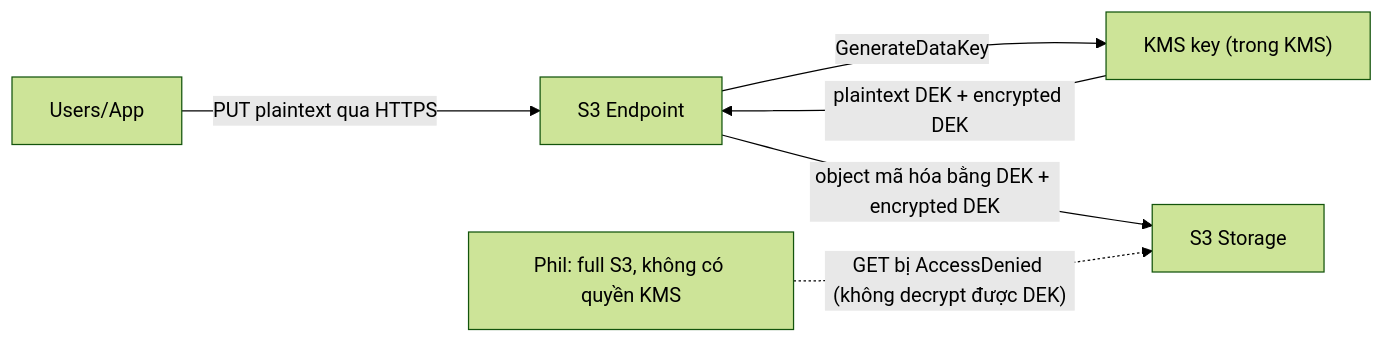
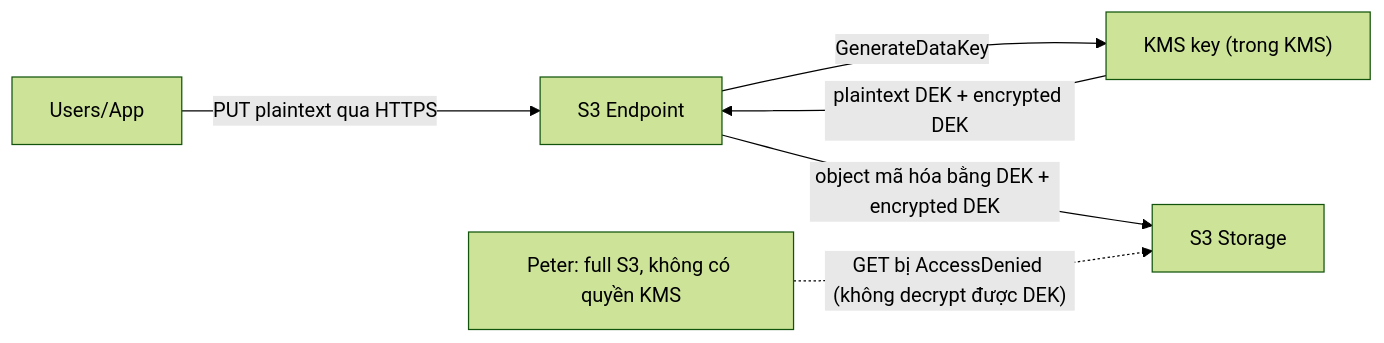
Before and after one commit to hairbui76/aws-saa-c03: the diagram in data/05 S3/S3 Encryption.md, drawn with Mermaid (forest theme). The commit also changed other lines of this file and 68 other files, not shown here.

````diff
--- a/data/05 S3/S3 Encryption.md
+++ b/data/05 S3/S3 Encryption.md
@@ -53,8 +60,8 @@
 ```mermaid
 flowchart LR
   U["Users/App"] -->|"PUT plaintext qua HTTPS"| E["S3 Endpoint"]
   E -->|"GenerateDataKey"| K["KMS key (trong KMS)"]
   K -->|"plaintext DEK + encrypted DEK"| E
   E -->|"object mã hóa bằng DEK + encrypted DEK"| S["S3 Storage"]
-  P["Phil: full S3, không có quyền KMS"] -.->|"GET bị AccessDenied (không decrypt được DEK)"| S
+  P["Peter: full S3, không có quyền KMS"] -.->|"GET bị AccessDenied (không decrypt được DEK)"| S
 ```
````
